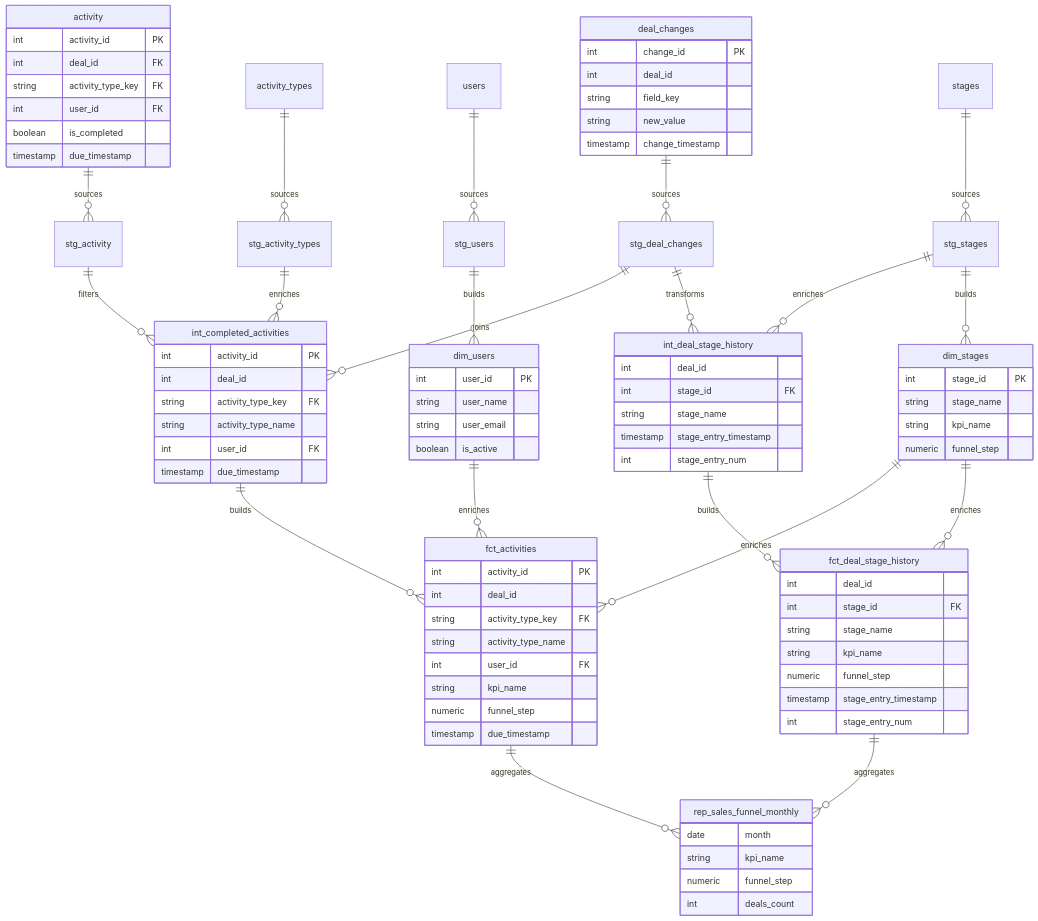
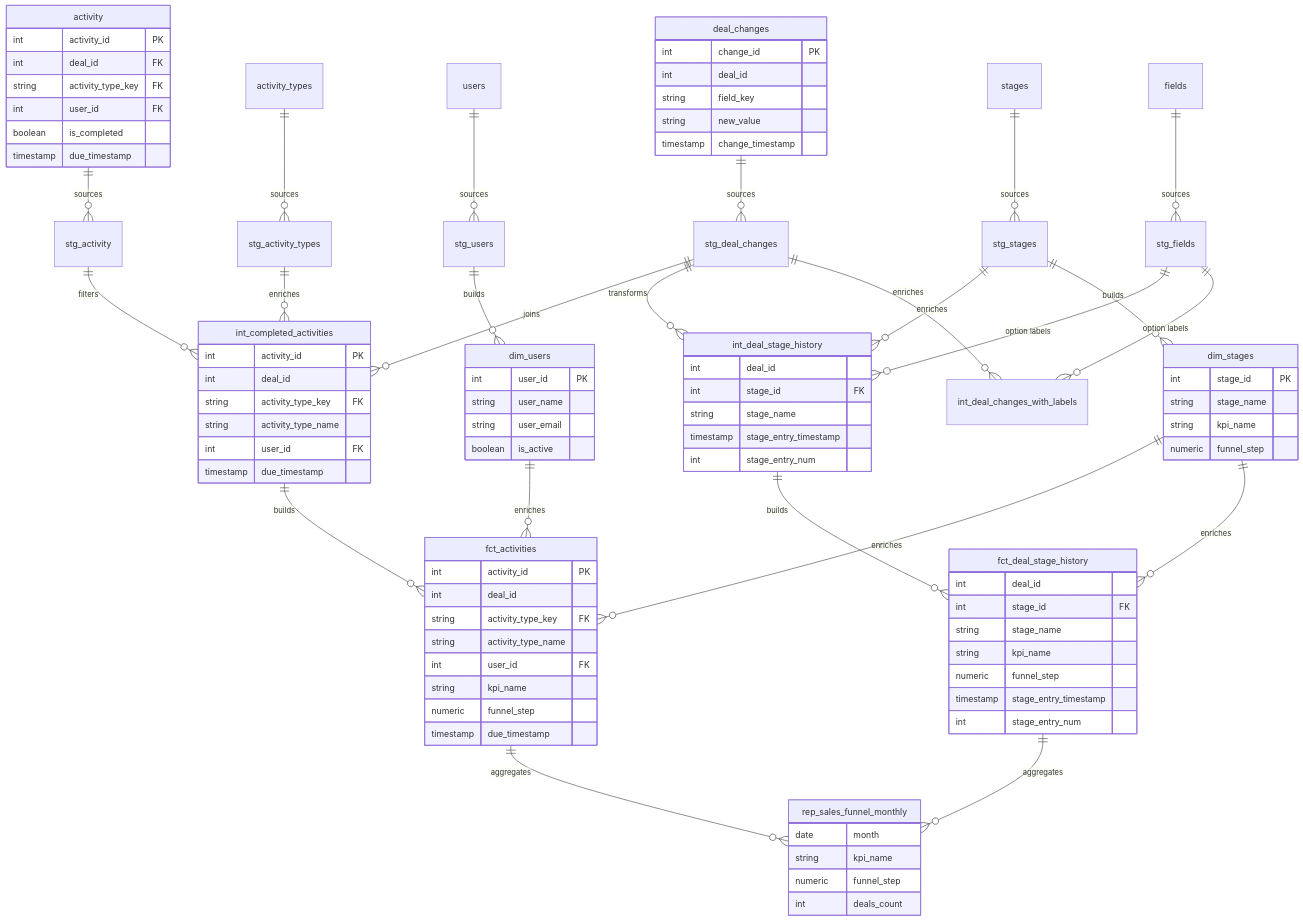
One commit to dataorket/dbt_enpal_assessment changed the second of 2 diagrams in SOLUTION.md. Above: the diagram before and after it, drawn with Mermaid. The commit also changed other lines of this file and 4 other files, not shown here.

Commit message:
Enrich: add stg_fields, lost reason label parsing, and clean project structure

````diff
--- a/SOLUTION.md
+++ b/SOLUTION.md
@@ -107,17 +120,21 @@
 ```mermaid
 erDiagram
-    activity ||--o{ stg_activity : "sources"
-    activity_types ||--o{ stg_activity_types : "sources"
-    deal_changes ||--o{ stg_deal_changes : "sources"
-    stages ||--o{ stg_stages : "sources"
-    users ||--o{ stg_users : "sources"
+  activity ||--o{ stg_activity : "sources"
+  activity_types ||--o{ stg_activity_types : "sources"
+  deal_changes ||--o{ stg_deal_changes : "sources"
+  stages ||--o{ stg_stages : "sources"
+  users ||--o{ stg_users : "sources"
+  fields ||--o{ stg_fields : "sources"
     
-    stg_activity ||--o{ int_completed_activities : "filters"
-    stg_activity_types ||--o{ int_completed_activities : "enriches"
-    stg_deal_changes ||--o{ int_completed_activities : "joins"
+  stg_activity ||--o{ int_completed_activities : "filters"
+  stg_activity_types ||--o{ int_completed_activities : "enriches"
+  stg_deal_changes ||--o{ int_completed_activities : "joins"
     
-    stg_deal_changes ||--o{ int_deal_stage_history : "transforms"
-    stg_stages ||--o{ int_deal_stage_history : "enriches"
+  stg_deal_changes ||--o{ int_deal_stage_history : "transforms"
+  stg_stages ||--o{ int_deal_stage_history : "enriches"
+  stg_fields ||--o{ int_deal_stage_history : "option labels"
+  stg_deal_changes ||--o{ int_deal_changes_with_labels : "enriches"
+  stg_fields ||--o{ int_deal_changes_with_labels : "option labels"
     
     stg_users ||--o{ dim_users : "builds"
     stg_stages ||--o{ dim_stages : "builds"
````
